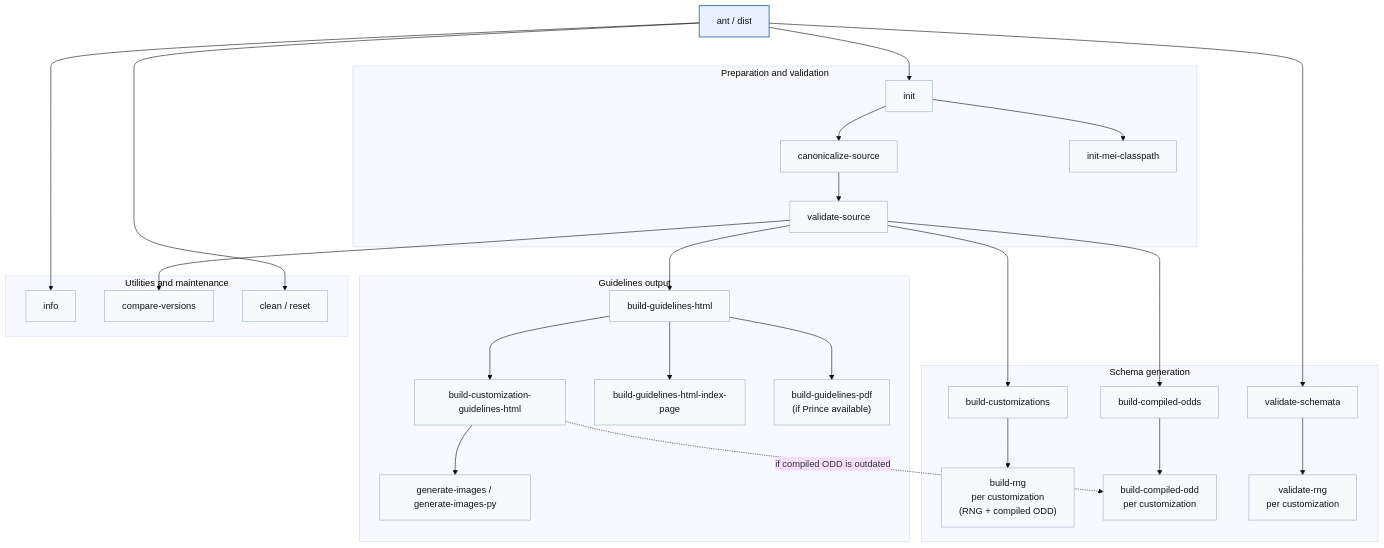
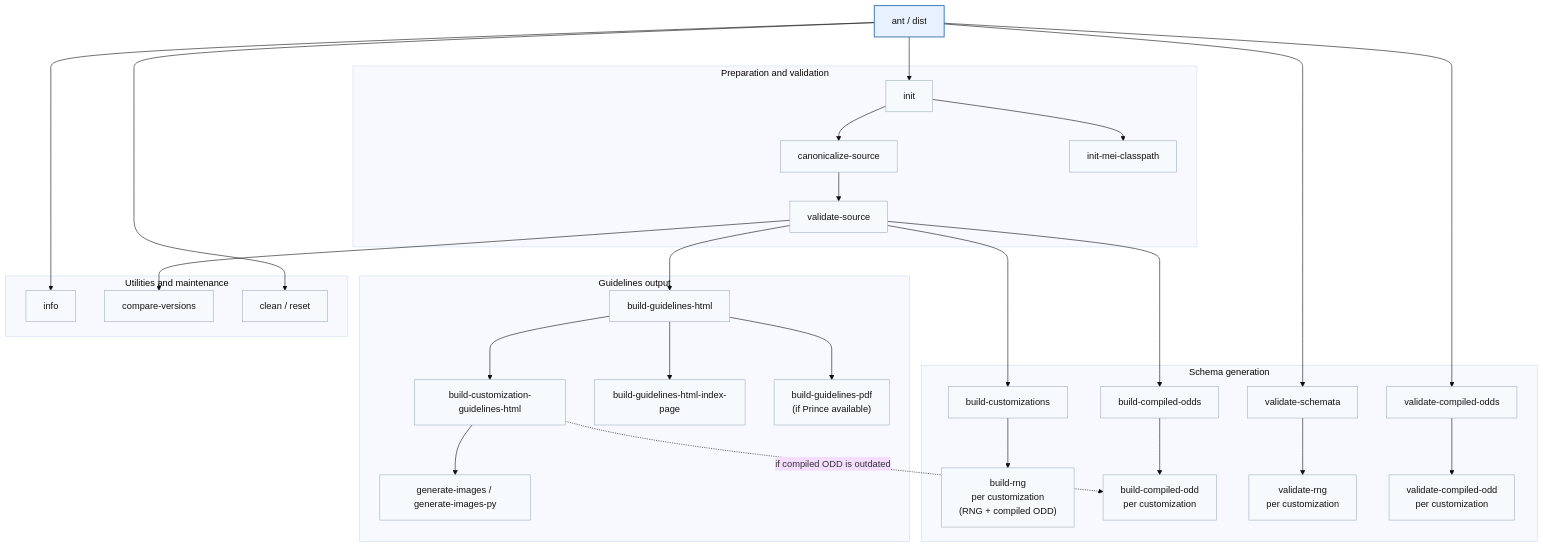
One commit to music-encoding/music-encoding changed the diagram in BUILD_COMMANDLINE.md. Above: the diagram before and after it, drawn with Mermaid (base theme). The commit also changed other lines of this file, not shown here.

Commit message:
docs: update commandline instructions

````diff
--- a/BUILD_COMMANDLINE.md
+++ b/BUILD_COMMANDLINE.md
@@ -146,62 +146,66 @@
 ```mermaid
 flowchart TD
     DIST["ant / dist"]:::primary
 
     subgraph PREP["Preparation and validation"]
         CANON["canonicalize-source"]
         VALID["validate-source"]
         INIT["init"]
         CLP["init-mei-classpath"]
     end
 
     subgraph SCHEMA["Schema generation"]
         RNGS["build-customizations"]
         ODDS["build-compiled-odds"]
         RNG_CUS["build-rng\nper customization\n(RNG + compiled ODD)"]
         ODD_CUS["build-compiled-odd\nper customization"]
         VALID_SCH["validate-schemata"]
-        VALID_CUS["validate-rng\nper customization"]
+        VALID_RNG_CUS["validate-rng\nper customization"]
+        VALID_ODDS["validate-compiled-odds"]
+        VALID_ODD_CUS["validate-compiled-odd\nper customization"]
     end
 
     subgraph DOCS["Guidelines output"]
         HTML["build-guidelines-html"]
         HTML_CUS["build-customization-guidelines-html"]
         IDX["build-guidelines-html-index-page"]
         PDF["build-guidelines-pdf\n(if Prince available)"]
         IMG["generate-images / generate-images-py"]
     end
 
     subgraph UTIL["Utilities and maintenance"]
         INFO["info"]
         COMP["compare-versions"]
         CLEAN["clean / reset"]
     end
 
     DIST --> INIT
     INIT --> CLP
     INIT --> CANON
     CANON --> VALID
 
     VALID --> RNGS
     VALID --> ODDS
     VALID --> HTML
     VALID --> COMP
 
     RNGS --> RNG_CUS
     DIST --> VALID_SCH
-    VALID_SCH --> VALID_CUS
+    VALID_SCH --> VALID_RNG_CUS
+    DIST --> VALID_ODDS
+    VALID_ODDS --> VALID_ODD_CUS
     ODDS --> ODD_CUS
     HTML --> HTML_CUS
     HTML_CUS -. "if compiled ODD is outdated" .-> ODD_CUS
     HTML_CUS --> IMG
     HTML --> IDX
     HTML --> PDF
 
     DIST --> INFO
     DIST --> CLEAN
 
     classDef primary fill:#e8f1ff,stroke:#2b6cb0,stroke-width:1.5px,color:#111;
     classDef default fill:#f7fafc,stroke:#a0aec0,stroke-width:1px,color:#111;
     class DIST primary;
-    class CANON,VALID,INIT,CLP,RNGS,ODDS,RNG_CUS,ODD_CUS,VALID_SCH,VALID_CUS,HTML,HTML_CUS,IDX,PDF,IMG,INFO,COMP,CLEAN default;
+    class CANON,VALID,INIT,CLP,RNGS,ODDS,RNG_CUS,ODD_CUS,VALID_SCH,VALID_RNG_CUS,VALID_ODDS,VALID_ODD_CUS,HTML,HTML_CUS,IDX,PDF,IMG,INFO,COMP,CLEAN default;
 ```
````
